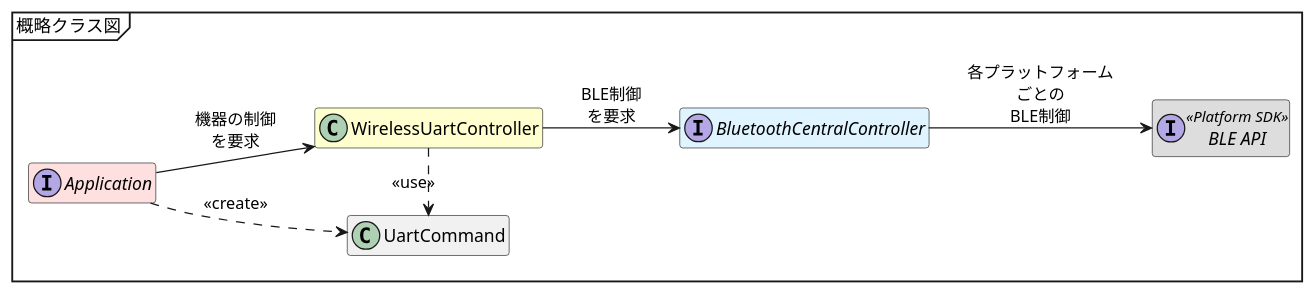
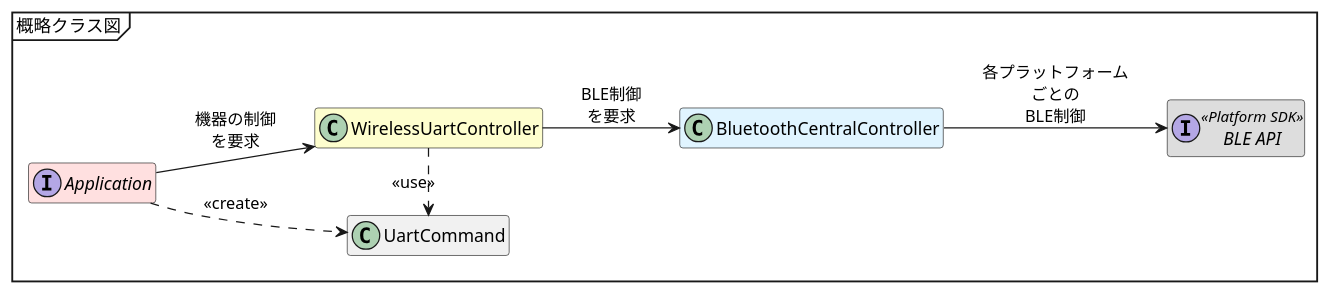
Before and after one commit to musen-connect-inc/linble-sample-wireless-uart: the second of 16 diagrams in plantuml.md, drawn with PlantUML. The commit also changed other lines of this file and 29 other files, not shown here.

````diff
--- a/plantuml.md
+++ b/plantuml.md
@@ -34,30 +32,30 @@
 ```plantuml
 @startuml classes_introduction_summary
 
 mainframe 概略クラス図
 
 left to right direction
 
 hide empty field
 hide empty method
 
 interface Application #ffe0e0
 
 class WirelessUartController #fefece {
 }
 
-interface BluetoothCentralController #e0f4ff {
+class BluetoothCentralController #e0f4ff {
 }
 
 interface "BLE API" as BLEAPI <<Platform SDK>>  #dddddd {
 }
 
 Application --> WirelessUartController: 機器の制御\nを要求
 Application .r.> UartCommand: <<create>>
 WirelessUartController --> BluetoothCentralController: BLE制御\nを要求
 BluetoothCentralController --> BLEAPI: 各プラットフォーム\nごとの\nBLE制御
 
 WirelessUartController .r.> UartCommand: <<use>>
 
 @enduml
 ```
````
